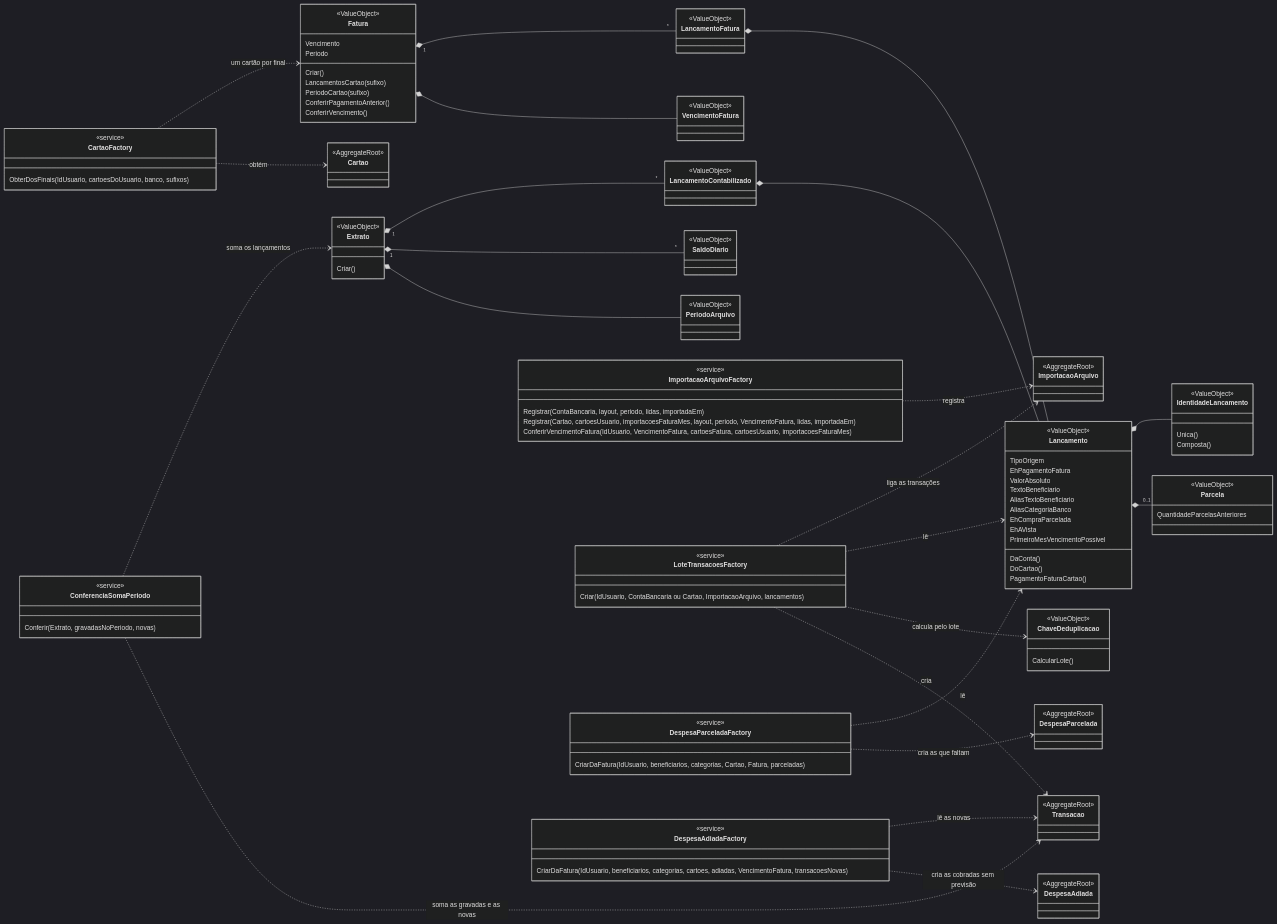
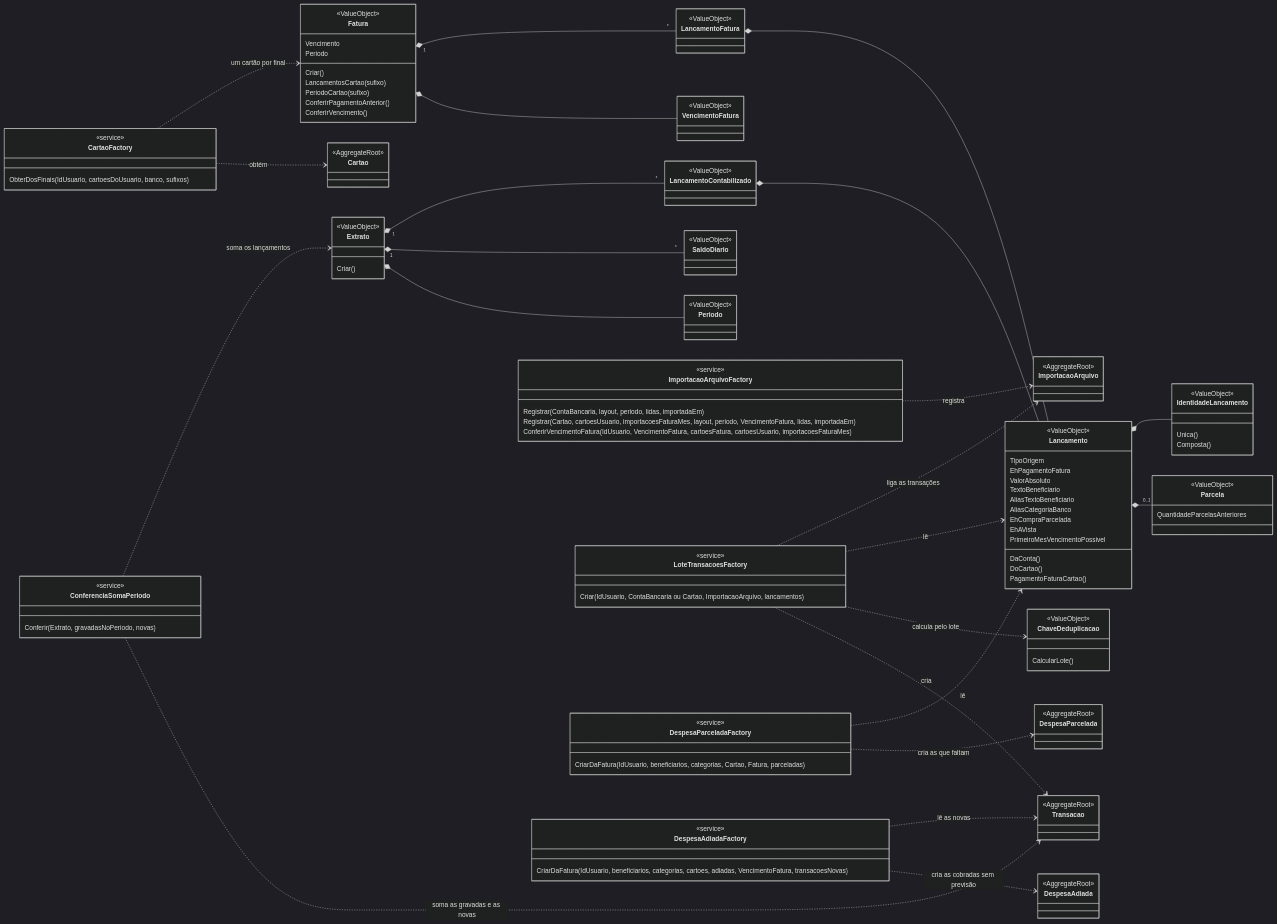
Before and after one commit to humbertosampaio/controle-financeiro: the second of 2 diagrams in docs/modelo-de-dominio.md, drawn with Mermaid (dark theme). The commit also changed other lines of this file and 37 other files, not shown here.

First line of the commit message:
refactor(dominio): Troca o PeriodoArquivo pelo Periodo de Shared

```diff
--- a/docs/modelo-de-dominio.md
+++ b/docs/modelo-de-dominio.md
@@ -398,7 +398,7 @@
     class SaldoDiario {
         <<ValueObject>>
     }
-    class PeriodoArquivo {
+    class Periodo {
         <<ValueObject>>
     }
     class ChaveDeduplicacao {
@@ -442,7 +442,7 @@
 
     Extrato "1" *-- "*" LancamentoContabilizado
     Extrato "1" *-- "*" SaldoDiario
-    Extrato *-- PeriodoArquivo
+    Extrato *-- Periodo
     LancamentoContabilizado *-- Lancamento
     Lancamento *-- IdentidadeLancamento
     Lancamento *-- "0..1" Parcela
```
